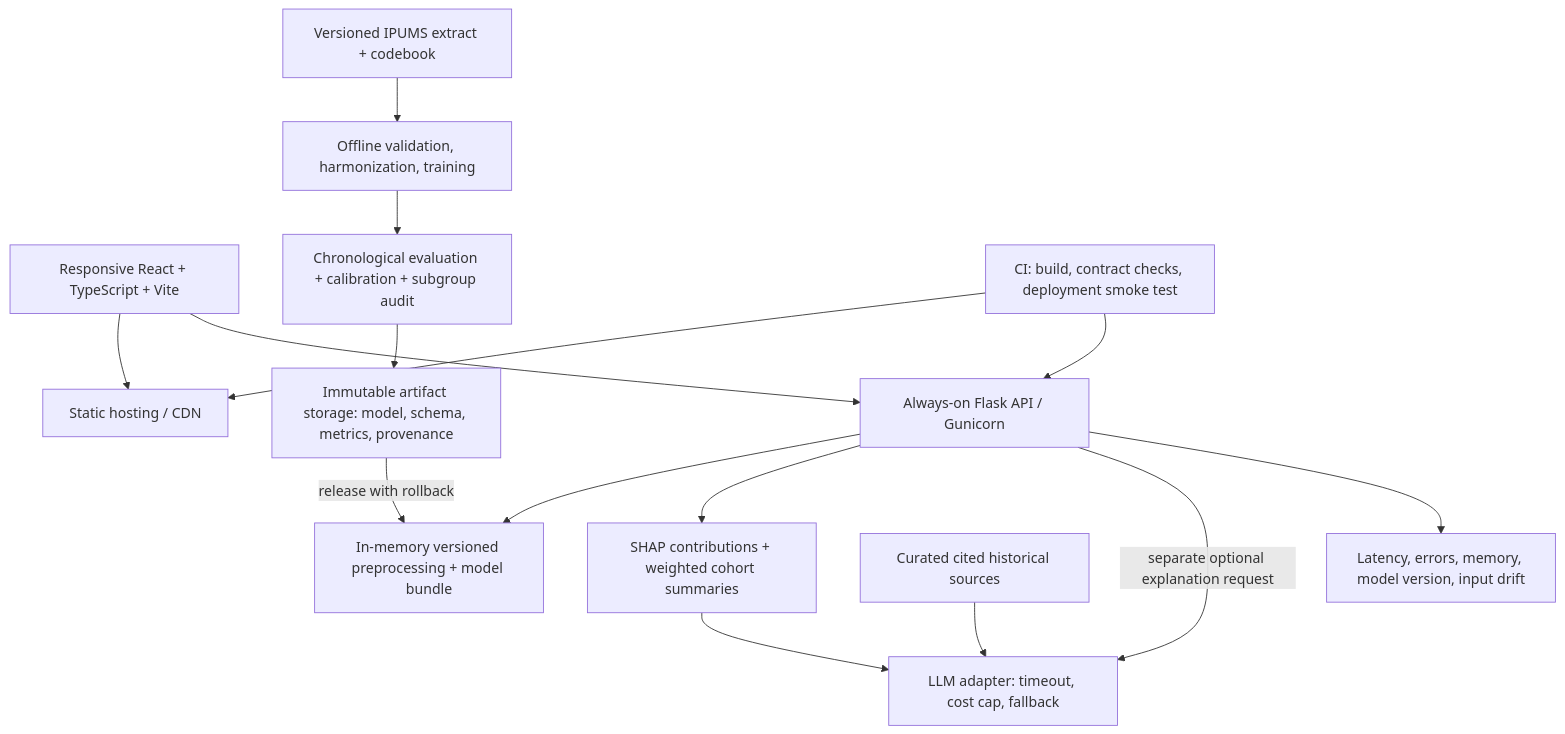
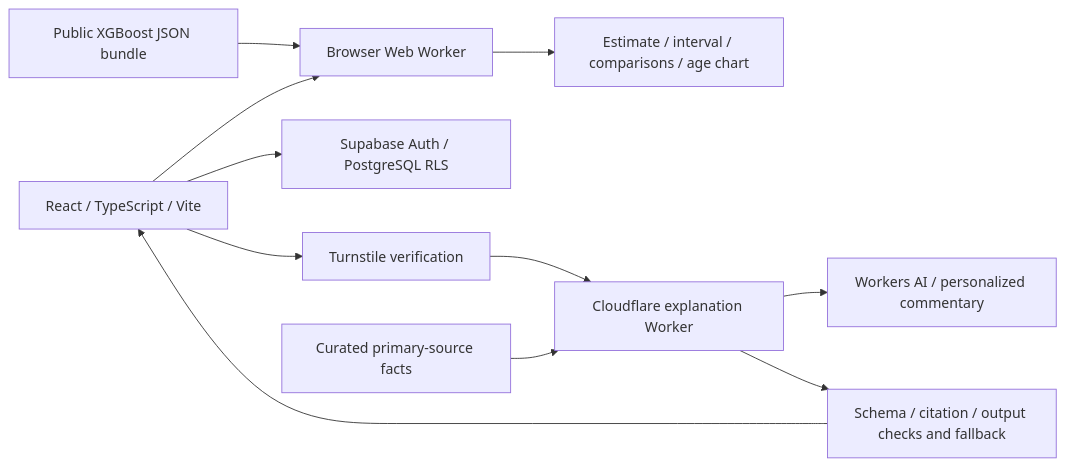
The first of 2 diagrams in ARCHITECTURE.md (tranle1411/wageinsight), drawn with Mermaid before and after one commit. The commit also changed other lines of this file and 30 other files, not shown here.

````diff
--- a/ARCHITECTURE.md
+++ b/ARCHITECTURE.md
@@ -57,17 +6,13 @@
 ```mermaid
-flowchart TB
-  U[Responsive React + TypeScript + Vite] --> CDN[Static hosting / CDN]
-  U --> API[Always-on Flask API / Gunicorn]
-  API --> M[In-memory versioned preprocessing + model bundle]
-  API --> X[SHAP contributions + weighted cohort summaries]
-  API -->|separate optional explanation request| L[LLM adapter: timeout, cost cap, fallback]
-  X --> L
-  S[Curated cited historical sources] --> L
-  R[Versioned IPUMS extract + codebook] --> T[Offline validation, harmonization, training]
-  T --> V[Chronological evaluation + calibration + subgroup audit]
-  V --> O[Immutable artifact storage: model, schema, metrics, provenance]
-  O -->|release with rollback| M
-  CI[CI: build, contract checks, deployment smoke test] --> CDN
-  CI --> API
-  API --> OBS[Latency, errors, memory, model version, input drift]
+flowchart LR
+  U[React / TypeScript / Vite] --> W[Browser Web Worker]
+  B[Public XGBoost JSON bundle] --> W
+  W --> R[Estimate / interval / comparisons / age chart]
+  U --> S[Supabase Auth / PostgreSQL RLS]
+  U --> T[Turnstile verification]
+  T --> E[Cloudflare explanation Worker]
+  E --> A[Workers AI / personalized commentary]
+  C[Curated primary-source facts] --> E
+  E --> V[Schema / citation / output checks and fallback]
+  V --> U
 ```
````
